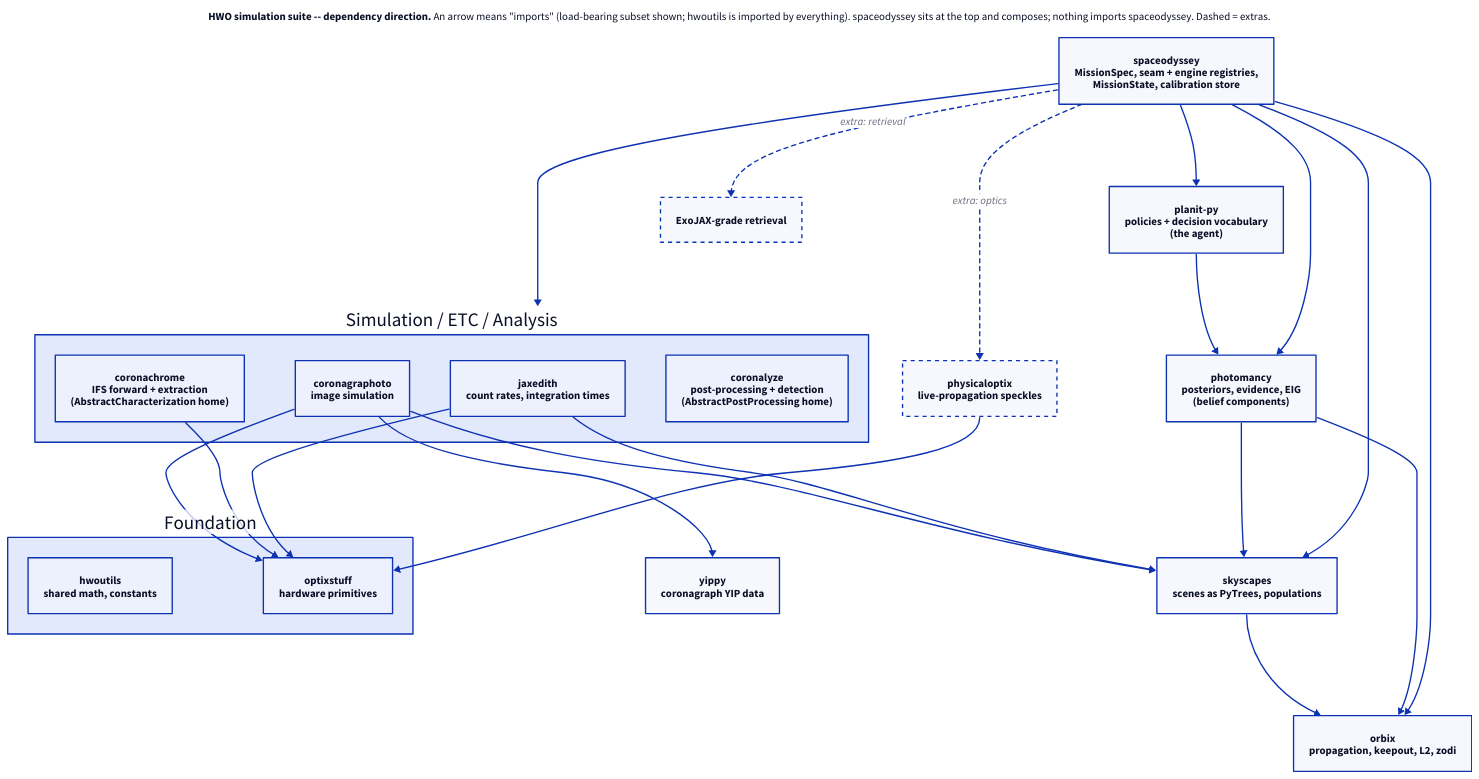
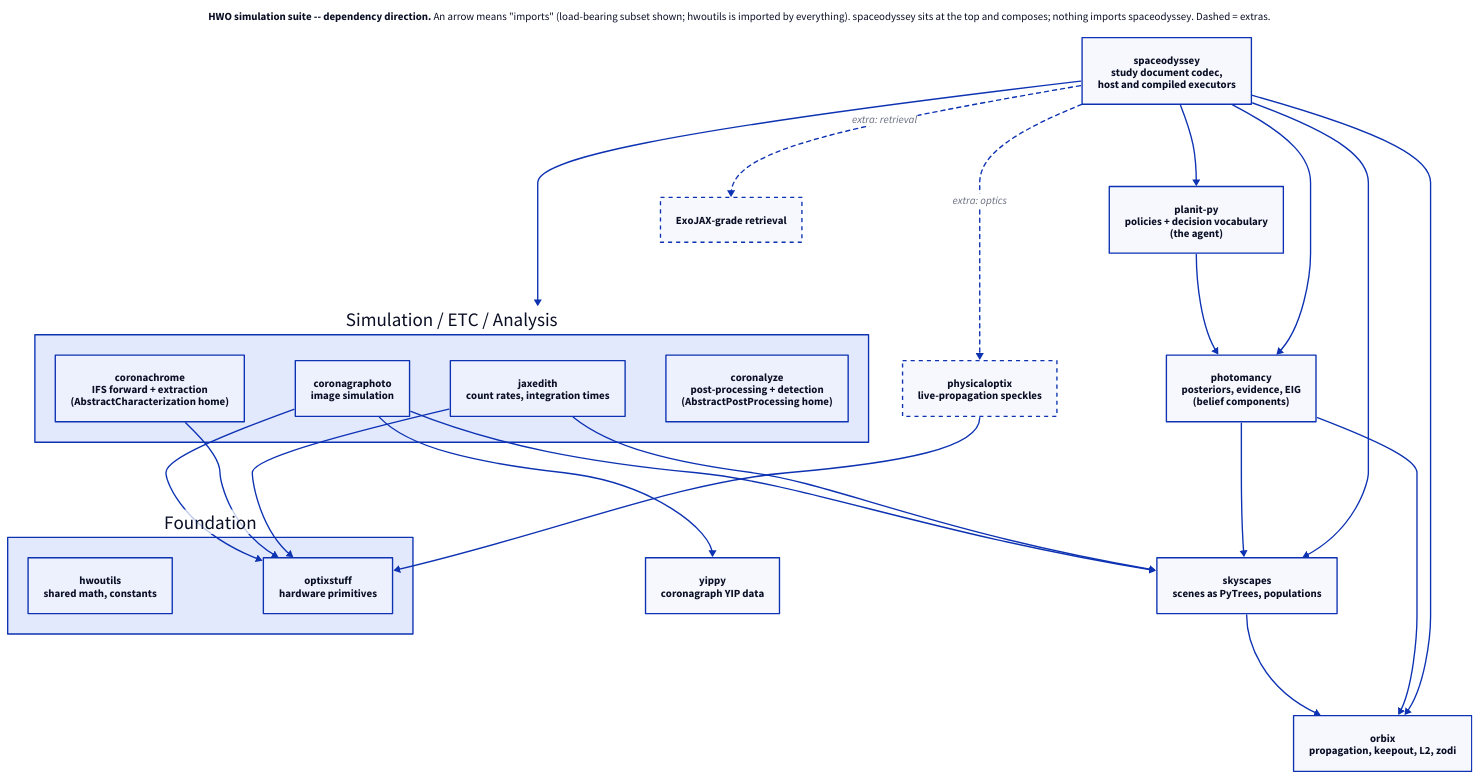
One commit to CoreySpohn/spaceodyssey changed the diagram in docs/diagrams/library-stack.d2. Above: the diagram before and after it, drawn with D2. The commit also changed 62 other files, not shown here.

Commit message:
feat(core): remove the spec, registry and wiring mission loop in favor of the core and codec

```diff
--- a/docs/diagrams/library-stack.d2
+++ b/docs/diagrams/library-stack.d2
@@ -1,51 +1,51 @@
 # HWO simulation suite -- dependency direction. Render: d2 --layout elk library-stack.d2 library-stack.svg
 direction: down
 
 note: |md
   **HWO simulation suite -- dependency direction.**
   An arrow means "imports" (load-bearing subset shown;
   hwoutils is imported by everything). spaceodyssey sits at the
   top and composes; nothing imports spaceodyssey. Dashed = extras.
 | {near: top-center}
 
 foundation: Foundation {
   hwoutils: "hwoutils\nshared math, constants"
   optixstuff: "optixstuff\nhardware primitives"
 }
 
 orbix: "orbix\npropagation, keepout, L2, zodi"
 yippy: "yippy\ncoronagraph YIP data"
 skyscapes: "skyscapes\nscenes as PyTrees, populations"
 
 sim: "Simulation / ETC / Analysis" {
   coronagraphoto: "coronagraphoto\nimage simulation"
   coronachrome: "coronachrome\nIFS forward + extraction\n(AbstractCharacterization home)"
   jaxedith: "jaxedith\ncount rates, integration times"
   coronalyze: "coronalyze\npost-processing + detection\n(AbstractPostProcessing home)"
 }
 
 photomancy: "photomancy\nposteriors, evidence, EIG\n(belief components)"
 planit: "planit-py\npolicies + decision vocabulary\n(the agent)"
-spaceodyssey: "spaceodyssey\nMissionSpec, seam + engine registries,\nMissionState, calibration store"
+spaceodyssey: "spaceodyssey\nstudy document codec,\nhost and compiled executors"
 
 physicaloptix: "physicaloptix\nlive-propagation speckles" {style.stroke-dash: 3}
 retrieval: "ExoJAX-grade retrieval" {style.stroke-dash: 3}
 
 skyscapes -> orbix
 sim.coronagraphoto -> skyscapes
 sim.coronagraphoto -> foundation.optixstuff
 sim.coronagraphoto -> yippy
 sim.coronachrome -> foundation.optixstuff
 sim.jaxedith -> foundation.optixstuff
 sim.jaxedith -> skyscapes
 photomancy -> orbix
 photomancy -> skyscapes
 planit -> photomancy
 spaceodyssey -> planit
 spaceodyssey -> photomancy
 spaceodyssey -> sim
 spaceodyssey -> skyscapes
 spaceodyssey -> orbix
 physicaloptix -> foundation.optixstuff
 spaceodyssey -> physicaloptix: "extra: optics" {style.stroke-dash: 3}
 spaceodyssey -> retrieval: "extra: retrieval" {style.stroke-dash: 3}
```
